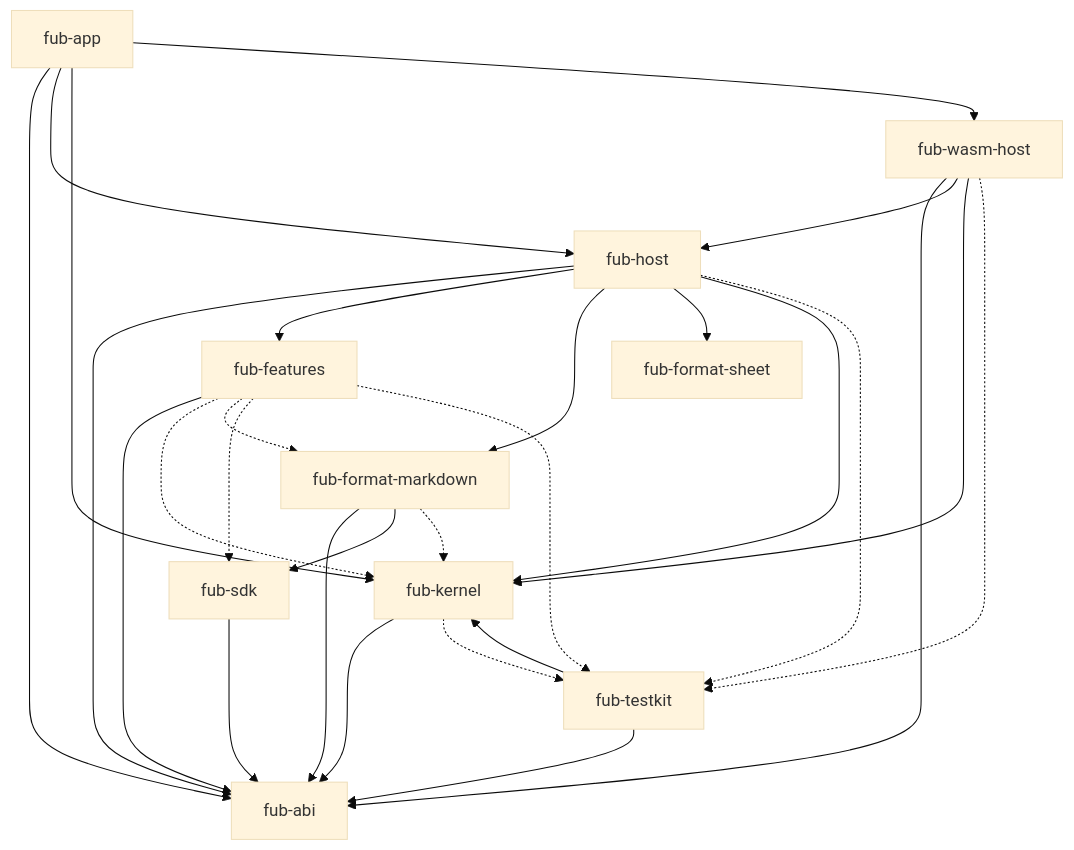
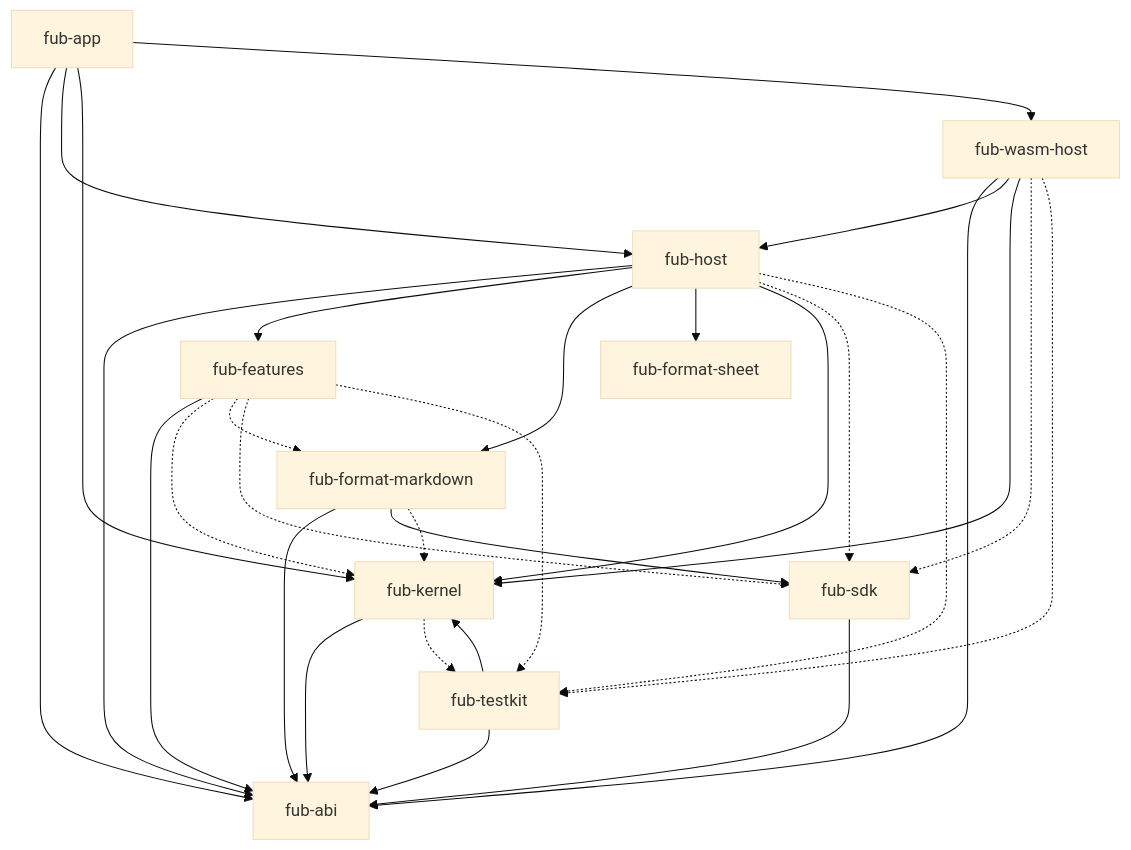
Before and after one commit to Fubeo/Fub: the first of 2 diagrams in docs/architecture/overview.md, drawn with Mermaid (base theme). The commit also changed 70 other files, not shown here.

````diff
--- a/docs/architecture/overview.md
+++ b/docs/architecture/overview.md
@@ -28,45 +28,47 @@
 ```mermaid
 flowchart TD
     %% @grafo-dipendenze
     %% Questo blocco è confrontato con cargo metadata da dependency_invariant.rs.
 
     app["fub-app"]
     host["fub-host"]
     features["fub-features"]
     markdown["fub-format-markdown"]
     sheet["fub-format-sheet"]
     wasmhost["fub-wasm-host"]
     sdk["fub-sdk"]
     testkit["fub-testkit"]
     kernel["fub-kernel"]
     abi["fub-abi"]
 
     app --> abi
     app --> host
     app --> kernel
     app --> wasmhost
     host --> abi
     host --> features
     host --> markdown
     host --> sheet
     host --> kernel
     features --> abi
     markdown --> abi
     markdown --> sdk
     wasmhost --> abi
     wasmhost --> host
     wasmhost --> kernel
     kernel --> abi
     sdk --> abi
     testkit --> abi
     testkit --> kernel
 
     features -.-> kernel
     features -.-> markdown
     features -.-> sdk
     features -.-> testkit
     markdown -.-> kernel
     kernel -.-> testkit
+    host -.-> sdk
     host -.-> testkit
+    wasmhost -.-> sdk
     wasmhost -.-> testkit
 ```
````
